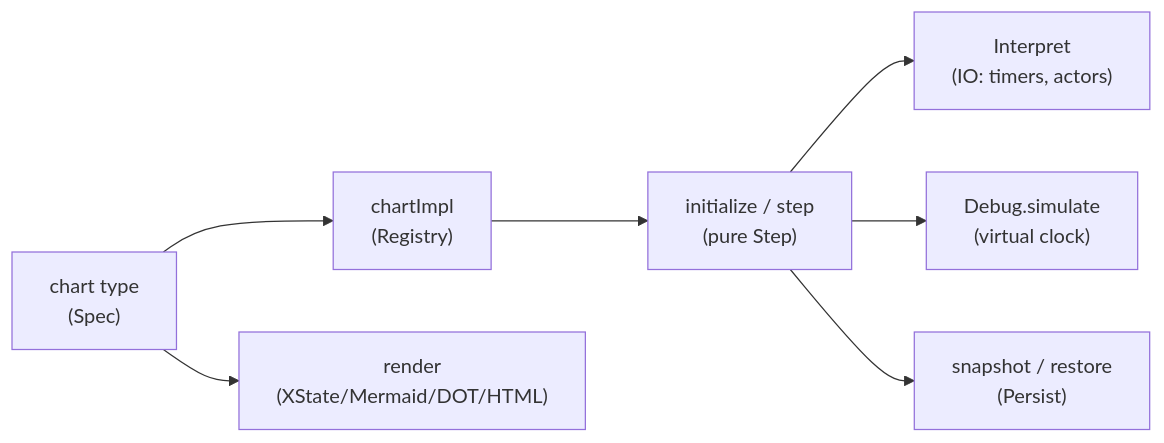
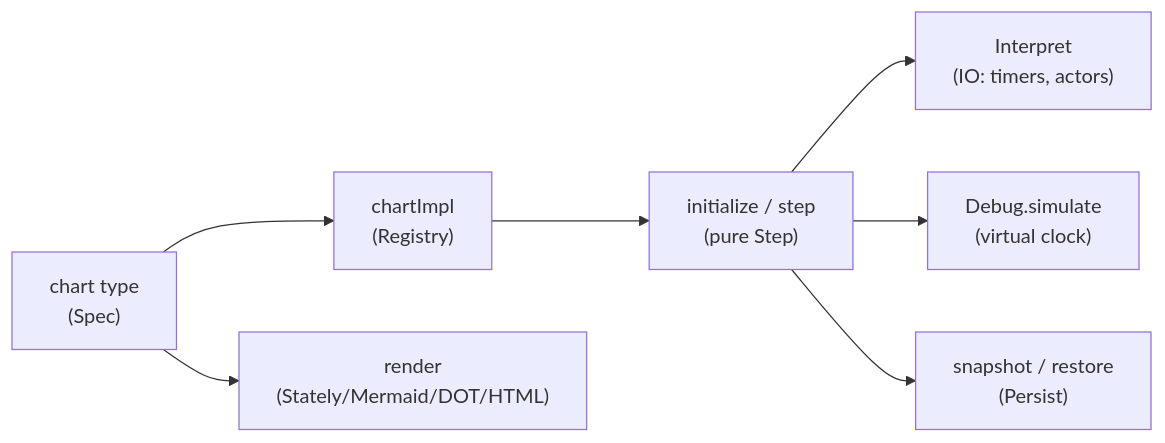
Before and after one commit to iand675/wireform-: the diagram in website/src/content/docs/state-machine/index.md, drawn with Mermaid. The commit also changed other lines of this file and 36 other files, not shown here.

````diff
--- a/website/src/content/docs/state-machine/index.md
+++ b/website/src/content/docs/state-machine/index.md
@@ -63,9 +108,9 @@
 ```mermaid
 flowchart LR
   spec["chart type<br/>(Spec)"] --> impl["chartImpl<br/>(Registry)"]
   impl --> run["initialize / step<br/>(pure Step)"]
   run --> io["Interpret<br/>(IO: timers, actors)"]
   run --> sim["Debug.simulate<br/>(virtual clock)"]
   run --> snap["snapshot / restore<br/>(Persist)"]
-  spec --> viz["render<br/>(XState/Mermaid/DOT/HTML)"]
+  spec --> viz["render<br/>(Stately/Mermaid/DOT/HTML)"]
 ```
````
